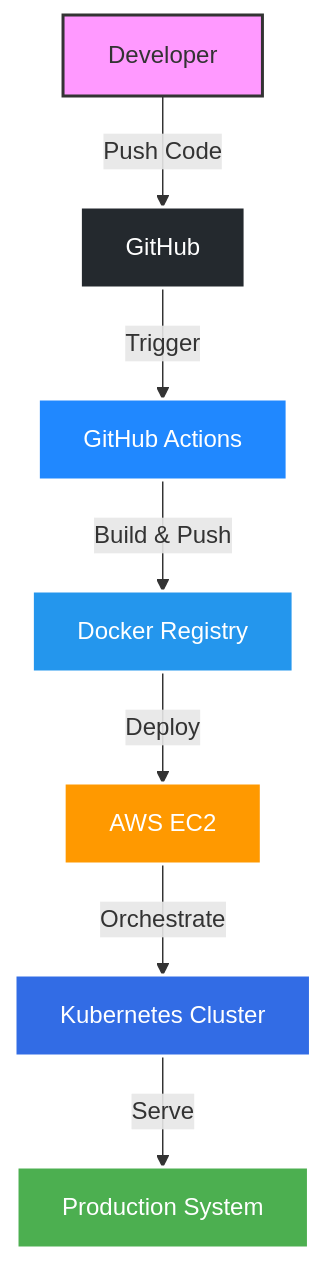
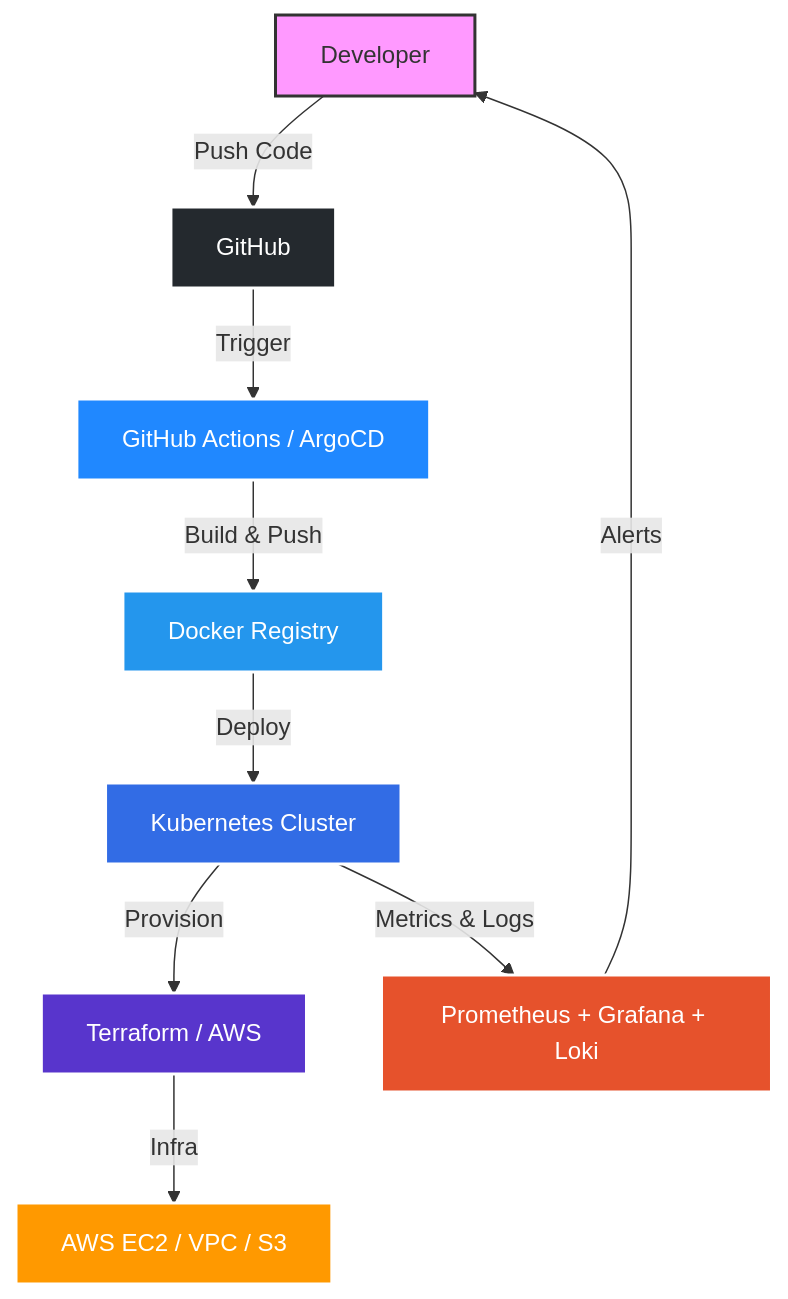
The diagram in README.md (Ananttyagi07/Ananttyagi07), drawn with Mermaid before and after one commit. The commit also changed other lines of this file, not shown here.

````diff
--- a/README.md
+++ b/README.md
@@ -103,17 +170,20 @@
 ```mermaid
 graph TD;
     Dev[Developer] -->|Push Code| GH[GitHub];
-    GH -->|Trigger| GHA[GitHub Actions];
+    GH -->|Trigger| GHA[GitHub Actions / ArgoCD];
     GHA -->|Build & Push| Docker[Docker Registry];
-    Docker -->|Deploy| AWS[AWS EC2];
-    AWS -->|Orchestrate| K8s[Kubernetes Cluster];
-    K8s -->|Serve| Prod[Production System];
-    
+    Docker -->|Deploy| K8s[Kubernetes Cluster];
+    K8s -->|Provision| TF[Terraform / AWS];
+    K8s -->|Metrics & Logs| Obs[Prometheus + Grafana + Loki];
+    TF -->|Infra| AWS[AWS EC2 / VPC / S3];
+    Obs -->|Alerts| Dev;
+
     style Dev fill:#f9f,stroke:#333,stroke-width:2px;
     style GH fill:#24292e,stroke:#fff,stroke-width:2px,color:#fff;
     style GHA fill:#2088FF,stroke:#fff,stroke-width:2px,color:#fff;
     style Docker fill:#2496ED,stroke:#fff,stroke-width:2px,color:#fff;
+    style K8s fill:#326CE5,stroke:#fff,stroke-width:2px,color:#fff;
+    style TF fill:#5835CC,stroke:#fff,stroke-width:2px,color:#fff;
     style AWS fill:#FF9900,stroke:#fff,stroke-width:2px,color:#fff;
-    style K8s fill:#326CE5,stroke:#fff,stroke-width:2px,color:#fff;
-    style Prod fill:#4CAF50,stroke:#fff,stroke-width:2px,color:#fff;
+    style Obs fill:#E6522C,stroke:#fff,stroke-width:2px,color:#fff;
 ```
````
